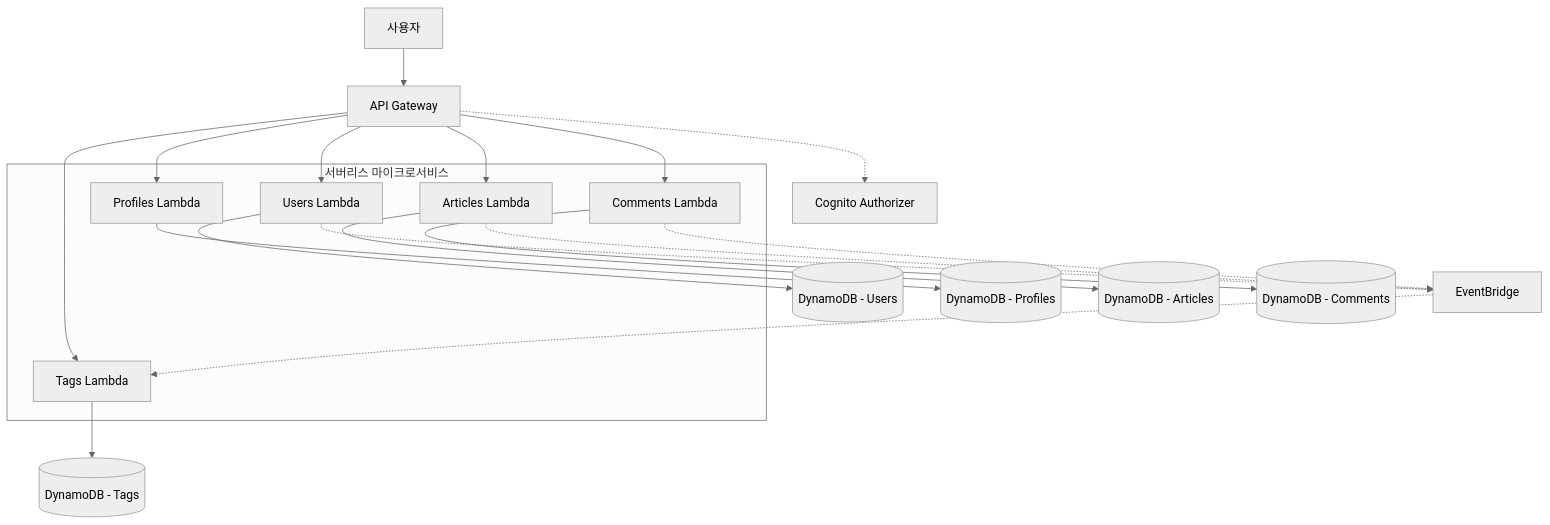
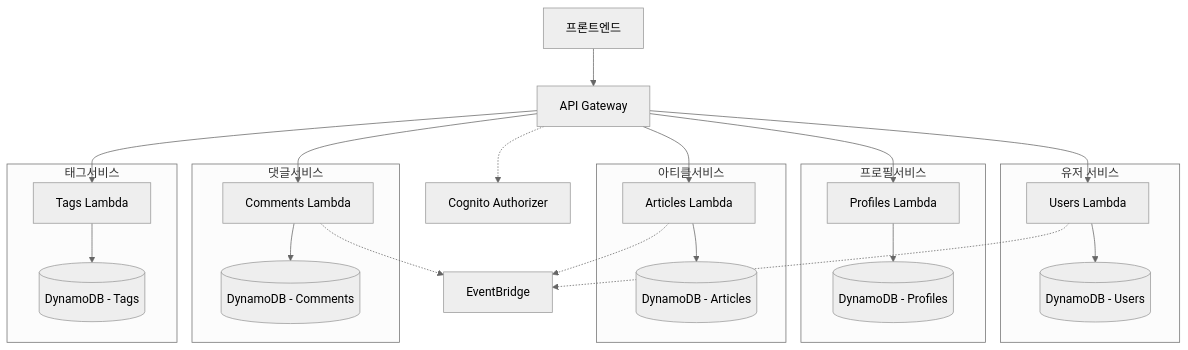
The second of 5 diagrams in apps/backend/docs/migration/microservice-migration-architecture.md (roboco-io/serverless-realworld-monorepo), drawn with Mermaid (neutral theme) before and after one commit. The commit also changed other lines of this file and 5 other files, not shown here.

Commit message:
docs: 아키텍처 다이어그램을 Mermaid로 변경 및 문서 구조 개선

````diff
--- a/apps/backend/docs/migration/microservice-migration-architecture.md
+++ b/apps/backend/docs/migration/microservice-migration-architecture.md
@@ -42,28 +42,41 @@
 ```mermaid
 graph TD
-    A[사용자] --> B[API Gateway]
+    A[프론트엔드] --> B[API Gateway]
     B --> C[Users Lambda]
     B --> D[Profiles Lambda]
     B --> E[Articles Lambda]
     B --> F[Comments Lambda]
     B --> G[Tags Lambda]
     C --> H[(DynamoDB - Users)]
     D --> I[(DynamoDB - Profiles)]
     E --> J[(DynamoDB - Articles)]
     F --> K[(DynamoDB - Comments)]
     G --> L[(DynamoDB - Tags)]
     B -.-> M[Cognito Authorizer]
     
     C -.-> N[EventBridge]
     E -.-> N
     F -.-> N
-    N -.-> G
+
     
-    subgraph "서버리스 마이크로서비스"
+    subgraph "유저 서비스"
         C
+        H
+    end
+    subgraph "프로필서비스"
         D
+        I
+    end
+    subgraph "아티클서비스"
         E
+        J
+    end
+    subgraph "댓글서비스"
         F
+        K
+    end
+    subgraph "태그서비스"
         G
+        L
     end
 ```
````
